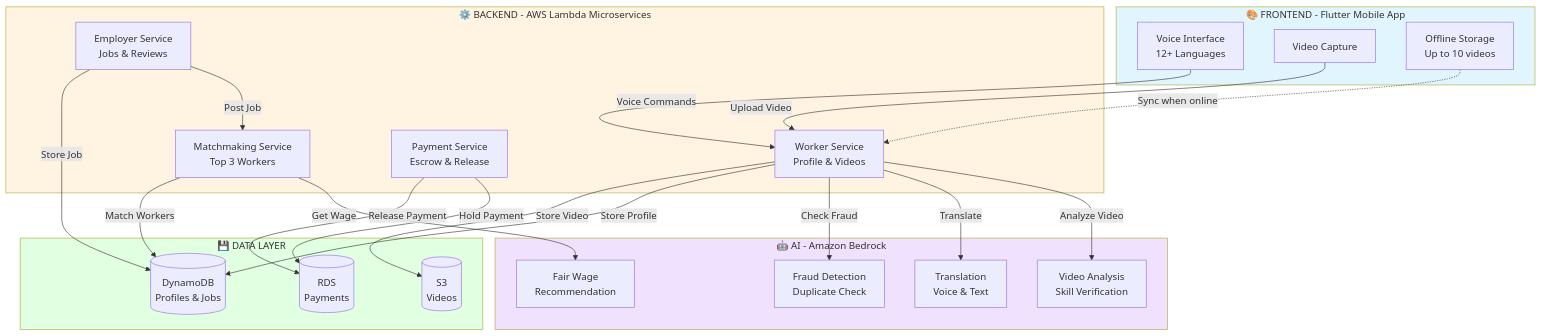
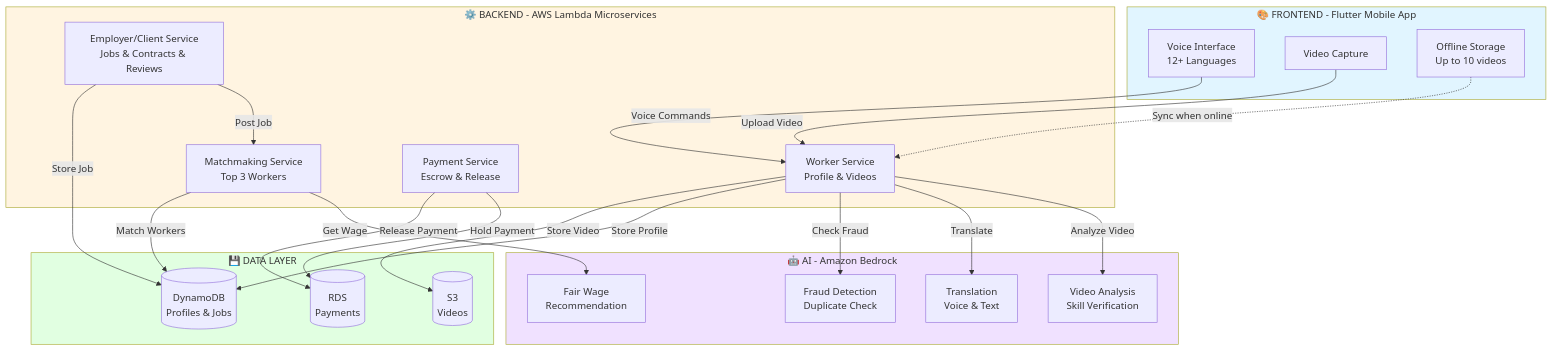
One commit to RagaVyshnaviM/Amazon-Ai-for-Bharat-Hackathon-NavAstitva changed the first of 2 diagrams in .kiro/specs/navastitva/design.md. Above: the diagram before and after it, drawn with Mermaid. The commit also changed other lines of this file and 2 other files, not shown here.

Commit message:
Update terminology: Employer → Employer/Client; include contracts

````diff
--- a/.kiro/specs/navastitva/design.md
+++ b/.kiro/specs/navastitva/design.md
@@ -19,51 +19,51 @@
 ```mermaid
 flowchart TD
     subgraph FRONTEND["🎨 FRONTEND - Flutter Mobile App"]
         A1[Voice Interface<br/>12+ Languages]
         A2[Video Capture]
         A3[Offline Storage<br/>Up to 10 videos]
     end
     
     subgraph BACKEND["⚙️ BACKEND - AWS Lambda Microservices"]
         B1[Worker Service<br/>Profile & Videos]
-        B2[Employer Service<br/>Jobs & Reviews]
+        B2[Employer/Client Service<br/>Jobs & Contracts & Reviews]
         B3[Matchmaking Service<br/>Top 3 Workers]
         B4[Payment Service<br/>Escrow & Release]
     end
     
     subgraph AI["🤖 AI - Amazon Bedrock"]
         C1[Video Analysis<br/>Skill Verification]
         C2[Translation<br/>Voice & Text]
         C3[Fraud Detection<br/>Duplicate Check]
         C4[Fair Wage<br/>Recommendation]
     end
     
     subgraph DATA["💾 DATA LAYER"]
         D1[(DynamoDB<br/>Profiles & Jobs)]
         D2[(S3<br/>Videos)]
         D3[(RDS<br/>Payments)]
     end
     
     A1 -->|Voice Commands| B1
     A2 -->|Upload Video| B1
     A3 -.->|Sync when online| B1
     
     B1 -->|Analyze Video| C1
     B1 -->|Translate| C2
     B1 -->|Check Fraud| C3
     B1 -->|Store Profile| D1
     B1 -->|Store Video| D2
     
     B2 -->|Post Job| B3
     B2 -->|Store Job| D1
     B3 -->|Get Wage| C4
     B3 -->|Match Workers| D1
     
     B4 -->|Hold Payment| D3
     B4 -->|Release Payment| D3
     
     style FRONTEND fill:#e1f5ff
     style BACKEND fill:#fff4e1
     style AI fill:#f0e1ff
     style DATA fill:#e1ffe1
 ```
````
